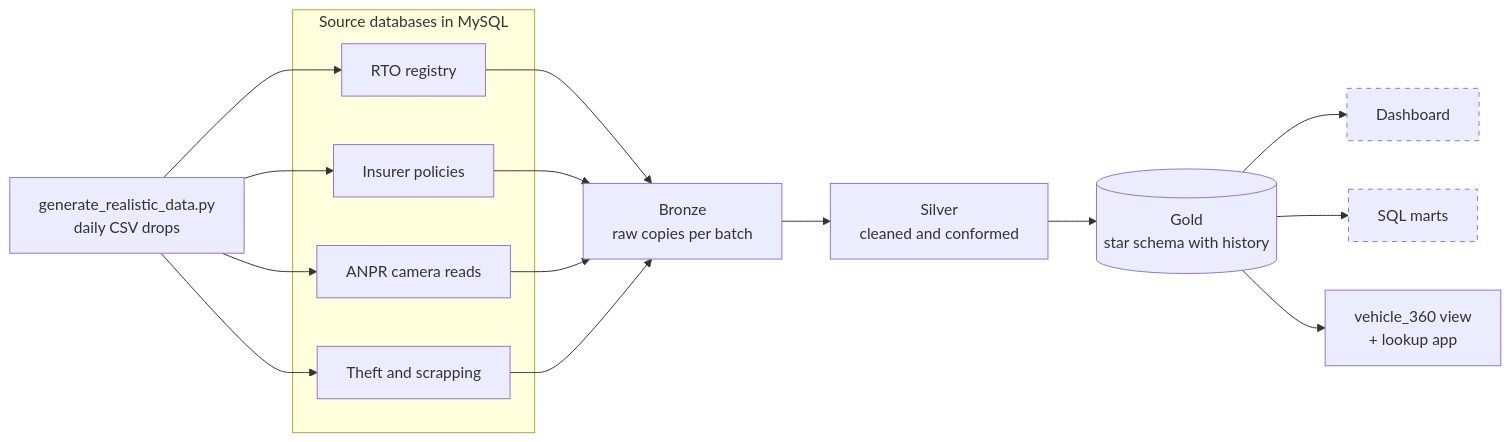
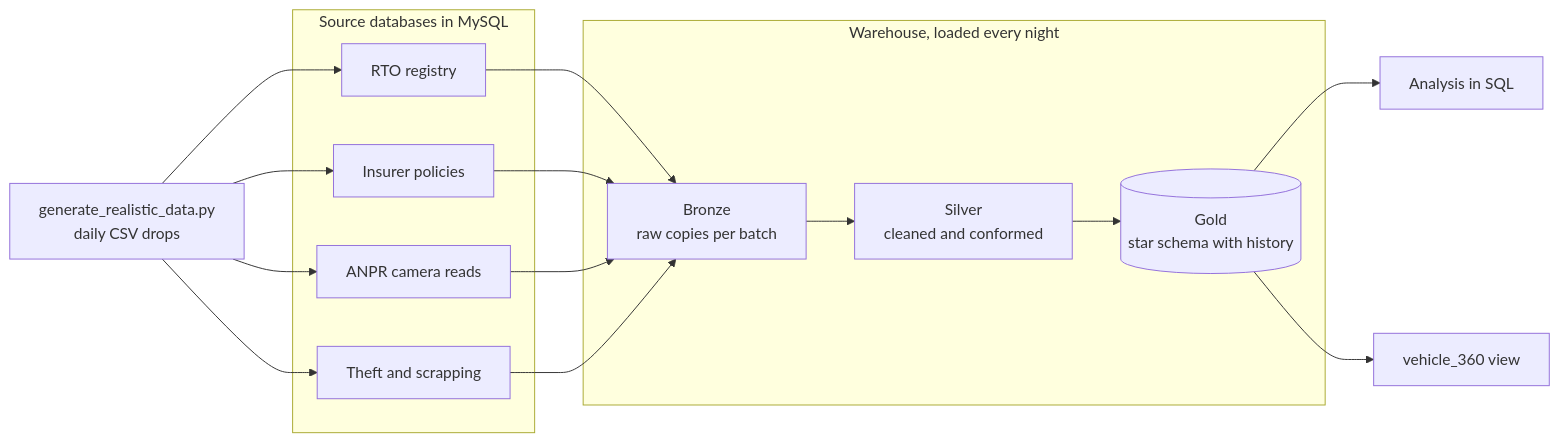
One commit to cakash691/Vehicle-Compliance-Platform changed the diagram in README.md. Above: the diagram before and after it, drawn with Mermaid. The commit also changed other lines of this file and 12 other files, not shown here.

````diff
--- a/README.md
+++ b/README.md
@@ -20,22 +20,21 @@
 ```mermaid
 flowchart LR
     G["generate_realistic_data.py<br/>daily CSV drops"]
     subgraph SRC["Source databases in MySQL"]
         R["RTO registry"]
         P["Insurer policies"]
         C["ANPR camera reads"]
         T["Theft and scrapping"]
     end
-    B["Bronze<br/>raw copies per batch"]
-    S["Silver<br/>cleaned and conformed"]
-    GD[("Gold<br/>star schema with history")]
-    DB["Dashboard"]
-    M["SQL marts"]
-    V["vehicle_360 view<br/>+ lookup app"]
+    subgraph DWH["Warehouse, loaded every night"]
+        B["Bronze<br/>raw copies per batch"]
+        S["Silver<br/>cleaned and conformed"]
+        GD[("Gold<br/>star schema with history")]
+    end
+    Q["Analysis in SQL"]
+    V["vehicle_360 view"]
     G --> R & P & C & T
     R & P & C & T --> B
     B --> S --> GD
-    GD --> DB & M & V
-    classDef planned stroke-dasharray: 5 5
-    class DB,M planned
+    GD --> Q & V
 ```
````
